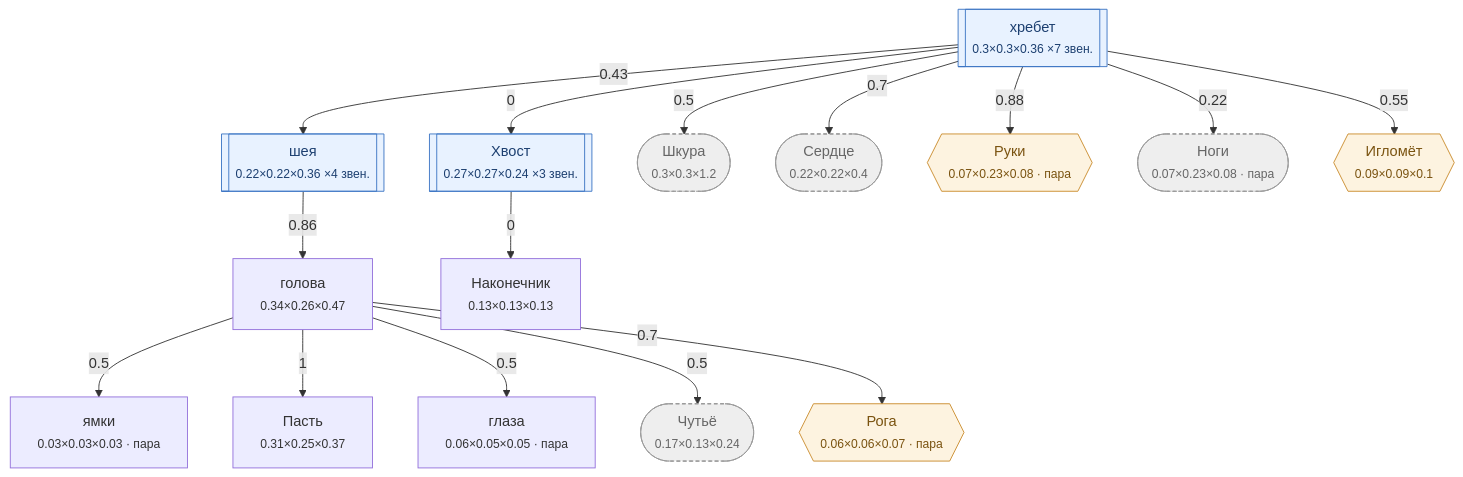
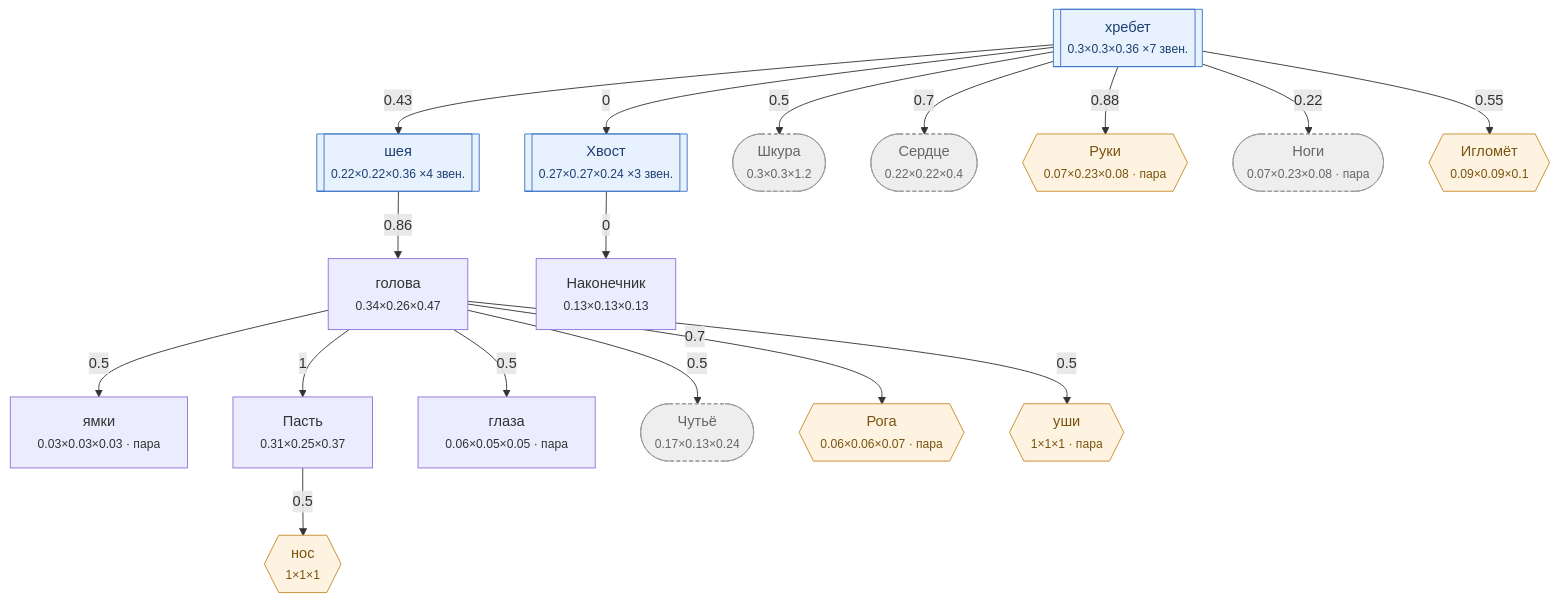
The diagram in Docs/Диаграммы/Змея.md (darklordshish/ChimeraEvolution-2026-06-26_15-29-59), drawn with Mermaid before and after one commit. The commit also changed other lines of this file and 15 other files, not shown here.

````diff
--- a/Docs/Диаграммы/Змея.md
+++ b/Docs/Диаграммы/Змея.md
@@ -31,40 +33,44 @@
 ```mermaid
 flowchart TD
     n0["ямки<br/><small>0.03×0.03×0.03 · пара</small>"]
     n1["голова<br/><small>0.34×0.26×0.47</small>"]
     n2["Пасть<br/><small>0.31×0.25×0.37</small>"]
     n3["глаза<br/><small>0.06×0.05×0.05 · пара</small>"]
     n4[["шея<br/><small>0.22×0.22×0.36 ×4 звен.</small>"]]
     n5[["хребет<br/><small>0.3×0.3×0.36 ×7 звен.</small>"]]
     n6[["Хвост<br/><small>0.27×0.27×0.24 ×3 звен.</small>"]]
     n7["Наконечник<br/><small>0.13×0.13×0.13</small>"]
     n8(["Шкура<br/><small>0.3×0.3×1.2</small>"])
     n9(["Сердце<br/><small>0.22×0.22×0.4</small>"])
     n10(["Чутьё<br/><small>0.17×0.13×0.24</small>"])
     n11{{"Руки<br/><small>0.07×0.23×0.08 · пара</small>"}}
     n12(["Ноги<br/><small>0.07×0.23×0.08 · пара</small>"])
     n13{{"Рога<br/><small>0.06×0.06×0.07 · пара</small>"}}
     n14{{"Игломёт<br/><small>0.09×0.09×0.1</small>"}}
+    n15{{"уши<br/><small>1×1×1 · пара</small>"}}
+    n16{{"нос<br/><small>1×1×1</small>"}}
 
     n1 -->|0.5| n0
     n4 -->|0.86| n1
     n1 -->|1| n2
     n1 -->|0.5| n3
     n5 -->|0.43| n4
     n5 -->|0| n6
     n6 -->|0| n7
     n5 -->|0.5| n8
     n5 -->|0.7| n9
     n1 -->|0.5| n10
     n5 -->|0.88| n11
     n5 -->|0.22| n12
     n1 -->|0.7| n13
     n5 -->|0.55| n14
+    n1 -->|0.5| n15
+    n2 -->|0.5| n16
 
     classDef hid fill:#eee,stroke:#999,stroke-dasharray:4 3,color:#666
     classDef gr fill:#fdf3e0,stroke:#c98a2b,color:#7a5310
     classDef ch fill:#e8f2ff,stroke:#3b74c4,color:#1c3f70
     class n8,n9,n10,n12 hid
-    class n11,n13,n14 gr
+    class n11,n13,n14,n15,n16 gr
     class n4,n5,n6 ch
 ```
````
